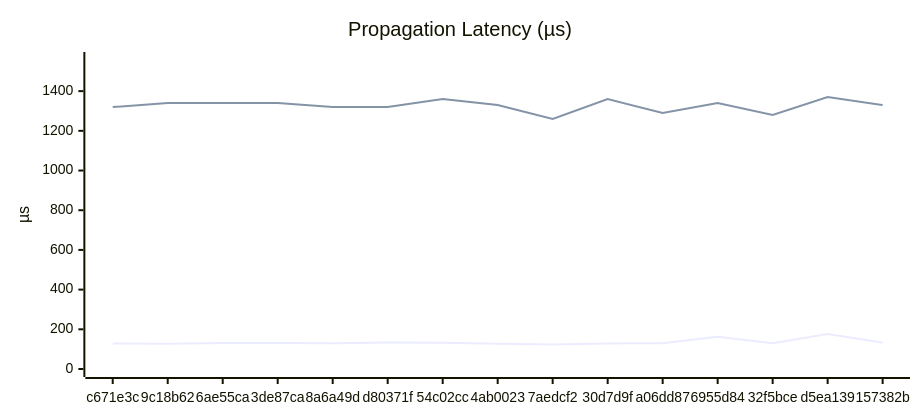
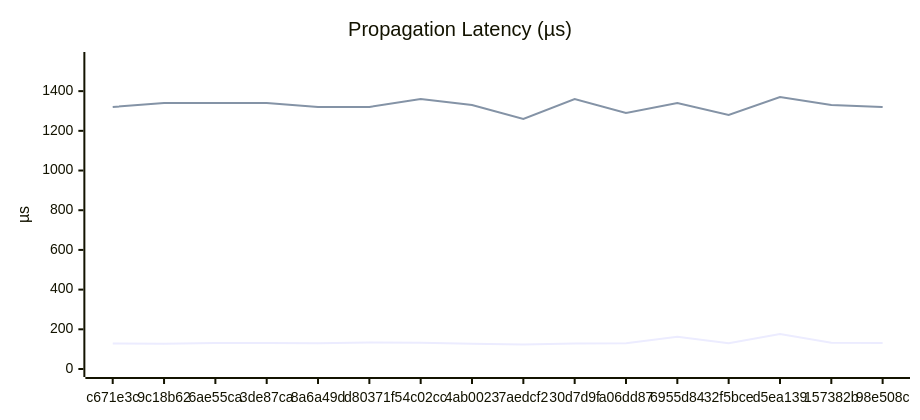
One commit to Ikolvi/titan changed the third of 6 diagrams in docs/BENCHMARKS.md. Above: the diagram before and after it, drawn with Mermaid. The commit also changed other lines of this file, not shown here.

````diff
--- a/docs/BENCHMARKS.md
+++ b/docs/BENCHMARKS.md
@@ -125,15 +126,15 @@
 ```mermaid
 ---
 config:
     xyChart:
         width: 900
         height: 400
         plotColorPalette: "#4e79a7, #f28e2c, #e15759, #76b7b2, #59a14f, #edc949"
 ---
 xychart-beta
     title "Propagation Latency (µs)"
-    x-axis ["c671e3c", "9c18b62", "6ae55ca", "3de87ca", "8a6a49d", "d80371f", "54c02cc", "4ab0023", "7aedcf2", "30d7d9f", "a06dd87", "6955d84", "32f5bce", "d5ea139", "157382b"]
+    x-axis ["c671e3c", "9c18b62", "6ae55ca", "3de87ca", "8a6a49d", "d80371f", "54c02cc", "4ab0023", "7aedcf2", "30d7d9f", "a06dd87", "6955d84", "32f5bce", "d5ea139", "157382b", "98e508c"]
     y-axis "µs" 0.0 --> 1556.9
-    line [128.7, 127.4, 130.4, 130.7, 129.4, 133.4, 132.8, 127.0, 124.0, 128.9, 129.6, 162.4, 129.2, 176.7, 132.6]
-    line [1320.0, 1340.0, 1340.0, 1340.0, 1320.0, 1320.0, 1360.0, 1330.0, 1260.0, 1360.0, 1290.0, 1340.0, 1280.0, 1370.0, 1330.0]
+    line [128.7, 127.4, 130.4, 130.7, 129.4, 133.4, 132.8, 127.0, 124.0, 128.9, 129.6, 162.4, 129.2, 176.7, 132.6, 130.4]
+    line [1320.0, 1340.0, 1340.0, 1340.0, 1320.0, 1320.0, 1360.0, 1330.0, 1260.0, 1360.0, 1290.0, 1340.0, 1280.0, 1370.0, 1330.0, 1320.0]
 ```
````
